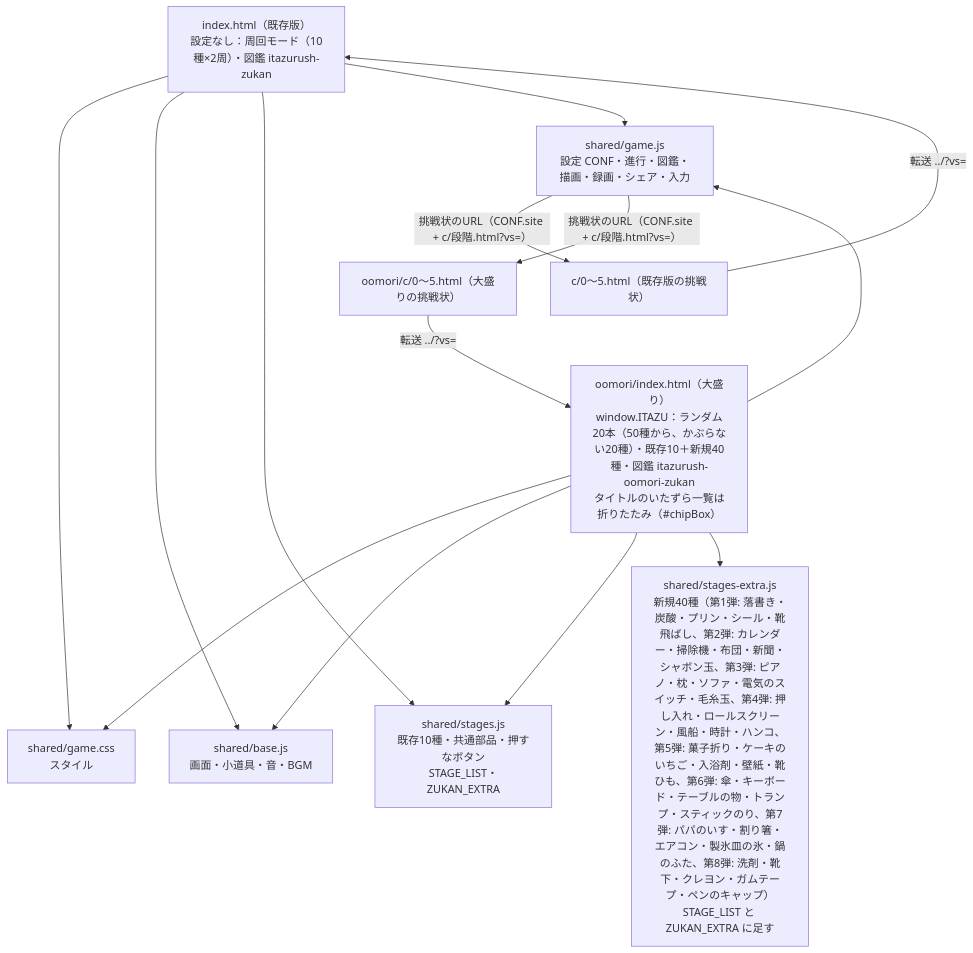
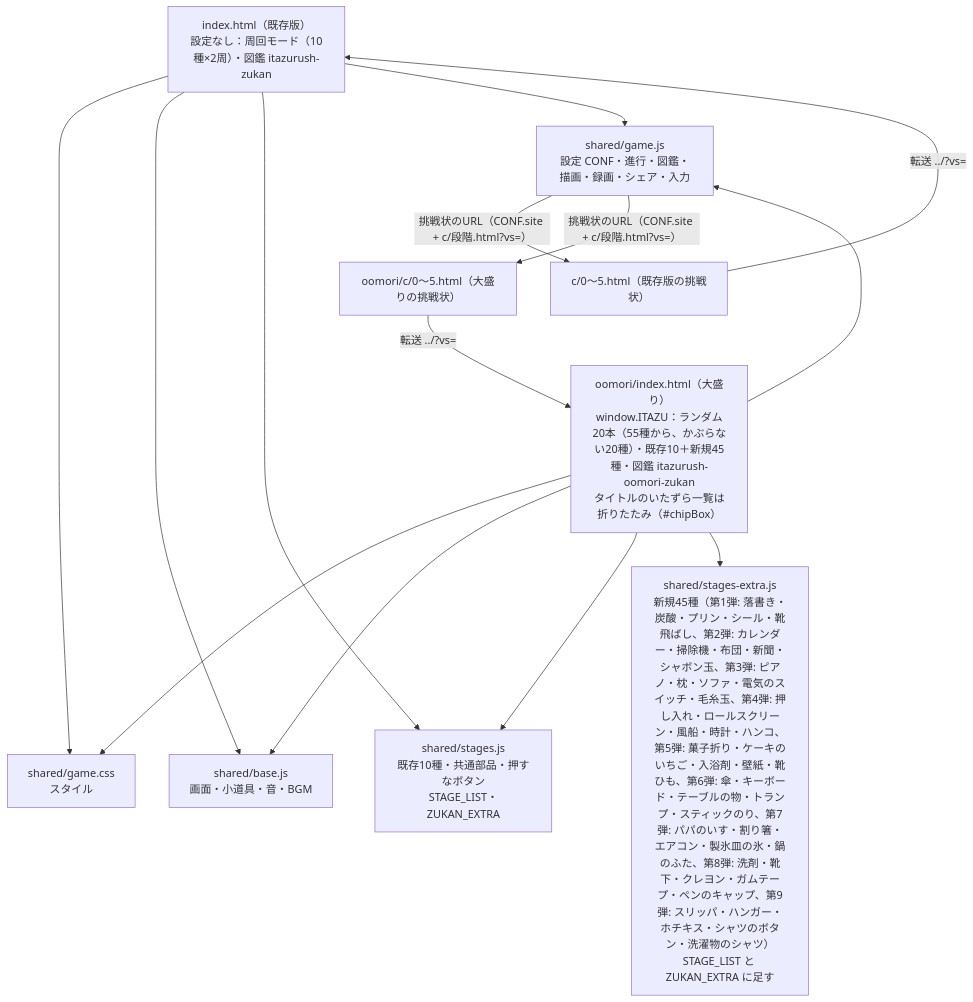
One commit to sakuichi/itazu-rush changed the first of 2 diagrams in docs/architecture.md. Above: the diagram before and after it, drawn with Mermaid. The commit also changed 10 other files, not shown here.

Commit message:
大盛り！第9弾：スリッパ・ハンガー・ホチキス・シャツのボタン・洗濯物のシャツを追加（全55種）

````diff
--- a/docs/architecture.md
+++ b/docs/architecture.md
@@ -10,17 +10,17 @@
 ```mermaid
 flowchart TD
   P1["index.html（既存版）<br>設定なし：周回モード（10種×2周）・図鑑 itazurush-zukan"]
-  P2["oomori/index.html（大盛り）<br>window.ITAZU：ランダム20本（50種から、かぶらない20種）・既存10＋新規40種・図鑑 itazurush-oomori-zukan<br>タイトルのいたずら一覧は折りたたみ（#chipBox）"]
+  P2["oomori/index.html（大盛り）<br>window.ITAZU：ランダム20本（55種から、かぶらない20種）・既存10＋新規45種・図鑑 itazurush-oomori-zukan<br>タイトルのいたずら一覧は折りたたみ（#chipBox）"]
   CSS["shared/game.css<br>スタイル"]
   BASE["shared/base.js<br>画面・小道具・音・BGM"]
   ST["shared/stages.js<br>既存10種・共通部品・押すなボタン<br>STAGE_LIST・ZUKAN_EXTRA"]
-  EX["shared/stages-extra.js<br>新規40種（第1弾: 落書き・炭酸・プリン・シール・靴飛ばし、第2弾: カレンダー・掃除機・布団・新聞・シャボン玉、第3弾: ピアノ・枕・ソファ・電気のスイッチ・毛糸玉、第4弾: 押し入れ・ロールスクリーン・風船・時計・ハンコ、第5弾: 菓子折り・ケーキのいちご・入浴剤・壁紙・靴ひも、第6弾: 傘・キーボード・テーブルの物・トランプ・スティックのり、第7弾: パパのいす・割り箸・エアコン・製氷皿の氷・鍋のふた、第8弾: 洗剤・靴下・クレヨン・ガムテープ・ペンのキャップ）<br>STAGE_LIST と ZUKAN_EXTRA に足す"]
+  EX["shared/stages-extra.js<br>新規45種（第1弾: 落書き・炭酸・プリン・シール・靴飛ばし、第2弾: カレンダー・掃除機・布団・新聞・シャボン玉、第3弾: ピアノ・枕・ソファ・電気のスイッチ・毛糸玉、第4弾: 押し入れ・ロールスクリーン・風船・時計・ハンコ、第5弾: 菓子折り・ケーキのいちご・入浴剤・壁紙・靴ひも、第6弾: 傘・キーボード・テーブルの物・トランプ・スティックのり、第7弾: パパのいす・割り箸・エアコン・製氷皿の氷・鍋のふた、第8弾: 洗剤・靴下・クレヨン・ガムテープ・ペンのキャップ、第9弾: スリッパ・ハンガー・ホチキス・シャツのボタン・洗濯物のシャツ）<br>STAGE_LIST と ZUKAN_EXTRA に足す"]
   GAME["shared/game.js<br>設定 CONF・進行・図鑑・描画・録画・シェア・入力"]
   CH1["c/0〜5.html（既存版の挑戦状）"]
   CH2["oomori/c/0〜5.html（大盛りの挑戦状）"]
   P1 --> CSS & BASE & ST & GAME
   P2 --> CSS & BASE & ST & EX & GAME
   GAME -- "挑戦状のURL（CONF.site + c/段階.html?vs=）" --> CH1 & CH2
   CH1 -- "転送 ../?vs=" --> P1
   CH2 -- "転送 ../?vs=" --> P2
 ```
````
